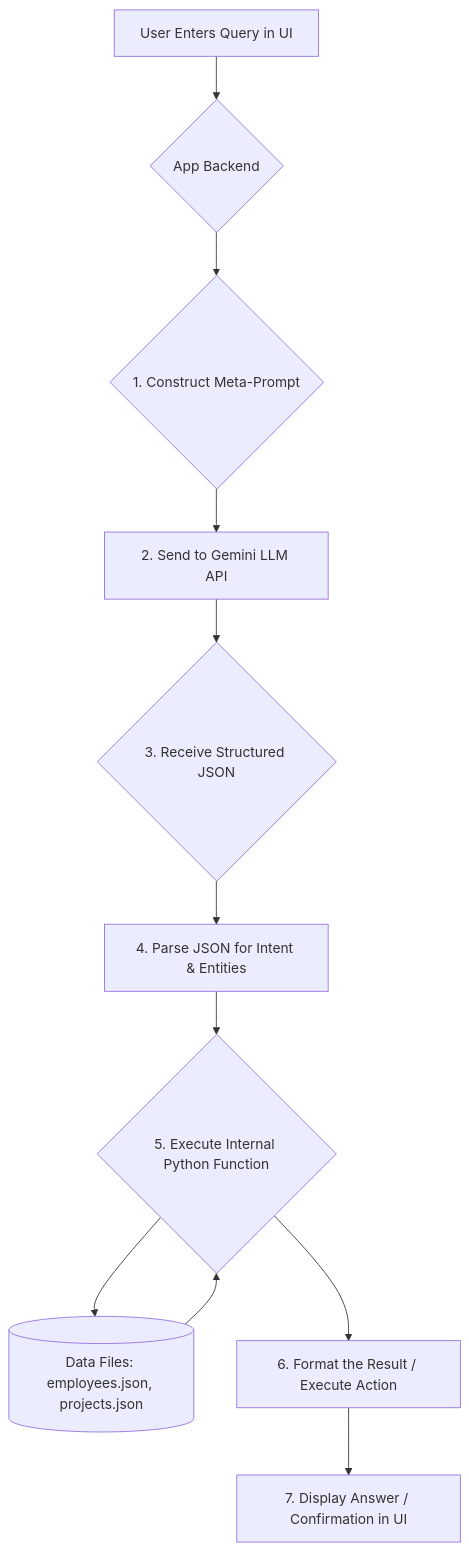
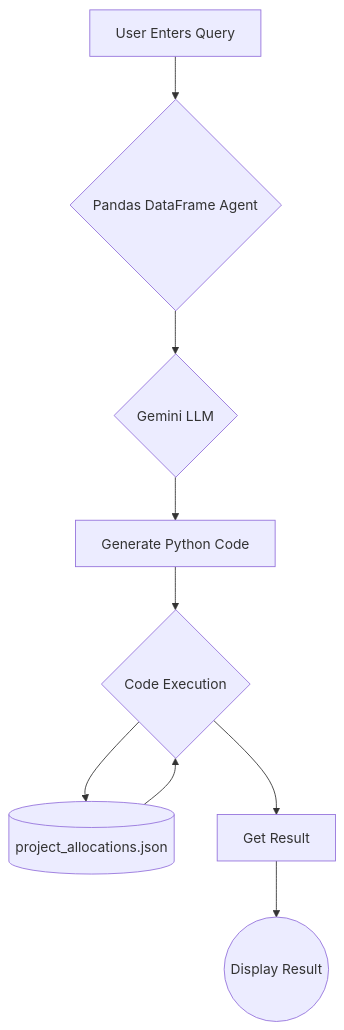
One commit to Neerajpokala/Resource-Management-Agent changed the second of 2 diagrams in README.md. Above: the diagram before and after it, drawn with Mermaid. The commit also changed other lines of this file and 3 other files, not shown here.

````diff
--- a/README.md
+++ b/README.md
@@ -80,13 +192,11 @@
 ```mermaid
 graph TD
-    A[User Enters Query in UI] --> B{App Backend};
-    B --> C{1. Construct Meta-Prompt};
-    C --> D[2. Send to Gemini LLM API];
-    D --> E{3. Receive Structured JSON};
-    E --> F[4. Parse JSON for Intent & Entities];
-    F --> G{5. Execute Internal Python Function};
-    G --> H[(Data Files: employees.json, projects.json)];
-    H --> G;
-    G --> I[6. Format the Result / Execute Action];
-    I --> J[7. Display Answer / Confirmation in UI];
+    A[User Enters Query] --> B{Pandas DataFrame Agent};
+    B --> C{Gemini LLM};
+    C --> D[Generate Python Code];
+    D --> E{Code Execution};
+    E --> F[(project_allocations.json)];
+    F --> E;
+    E --> G[Get Result];
+    G --> H((Display Result));
 ```
````
